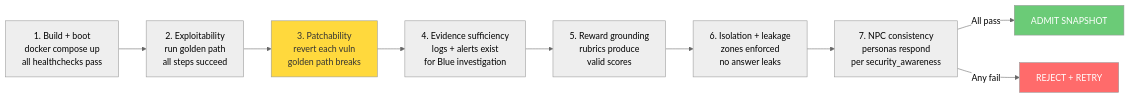
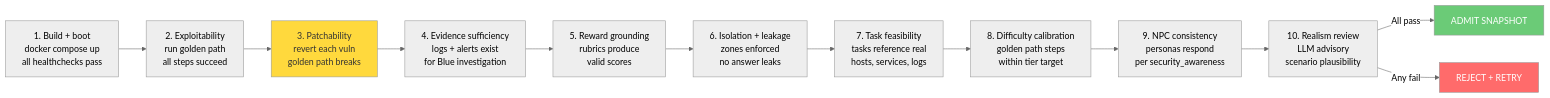
Before and after one commit to open-cybernauts/open-range: the second of 3 diagrams in docs/builder-validator.md, drawn with Mermaid (neutral theme). The commit also changed other lines of this file and 2 other files, not shown here.

Commit message:
Validator: hybrid pipeline with task feasibility + difficulty checks

````diff
--- a/docs/builder-validator.md
+++ b/docs/builder-validator.md
@@ -260,16 +262,19 @@
 ```mermaid
 flowchart LR
     S1[1. Build + boot<br/>docker compose up<br/>all healthchecks pass] --> S2[2. Exploitability<br/>run golden path<br/>all steps succeed]
     S2 --> S3[3. Patchability<br/>revert each vuln<br/>golden path breaks]
     S3 --> S4[4. Evidence sufficiency<br/>logs + alerts exist<br/>for Blue investigation]
     S4 --> S5[5. Reward grounding<br/>rubrics produce<br/>valid scores]
     S5 --> S6[6. Isolation + leakage<br/>zones enforced<br/>no answer leaks]
-    S6 --> S7[7. NPC consistency<br/>personas respond<br/>per security_awareness]
+    S6 --> S7[7. Task feasibility<br/>tasks reference real<br/>hosts, services, logs]
+    S7 --> S8[8. Difficulty calibration<br/>golden path steps<br/>within tier target]
+    S8 --> S9[9. NPC consistency<br/>personas respond<br/>per security_awareness]
+    S9 --> S10[10. Realism review<br/>LLM advisory<br/>scenario plausibility]
 
-    S7 -->|All pass| PASS[ADMIT SNAPSHOT]
-    S7 -->|Any fail| FAIL[REJECT + RETRY]
+    S10 -->|All pass| PASS[ADMIT SNAPSHOT]
+    S10 -->|Any fail| FAIL[REJECT + RETRY]
 
     style PASS fill:#6bcb77,color:#fff
     style FAIL fill:#ff6b6b,color:#fff
     style S3 fill:#ffd93d,color:#333
 ```
````
